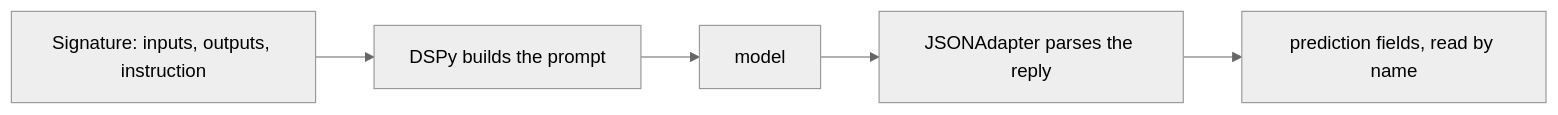
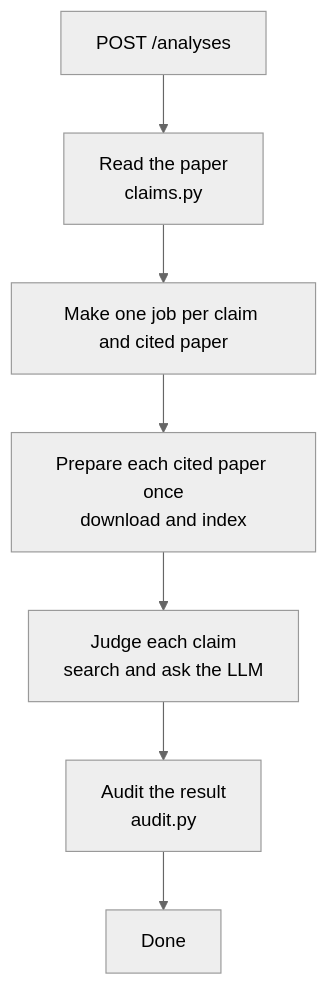
Before and after one commit to ZenithGeeks/SecretSource-prototype: the second of 4 diagrams in ARCHITECTURE.md, drawn with Mermaid (neutral theme). The commit also changed other lines of this file and 1 other file, not shown here.

First line of the commit message:
docs(SCRUM-169): rewrite the architecture notes and README in simple English

````diff
--- a/ARCHITECTURE.md
+++ b/ARCHITECTURE.md
@@ -139,7 +46,9 @@
 ```mermaid
-flowchart LR
-    S["Signature: inputs, outputs, instruction"] --> B["DSPy builds the prompt"]
-    B --> M["model"]
-    M --> P["JSONAdapter parses the reply"]
-    P --> F["prediction fields, read by name"]
+flowchart TD
+    A["POST /analyses"] --> B["Read the paper<br/>claims.py"]
+    B --> C["Make one job per claim and cited paper"]
+    C --> D["Prepare each cited paper once<br/>download and index"]
+    D --> E["Judge each claim<br/>search and ask the LLM"]
+    E --> F["Audit the result<br/>audit.py"]
+    F --> G["Done"]
 ```
````
